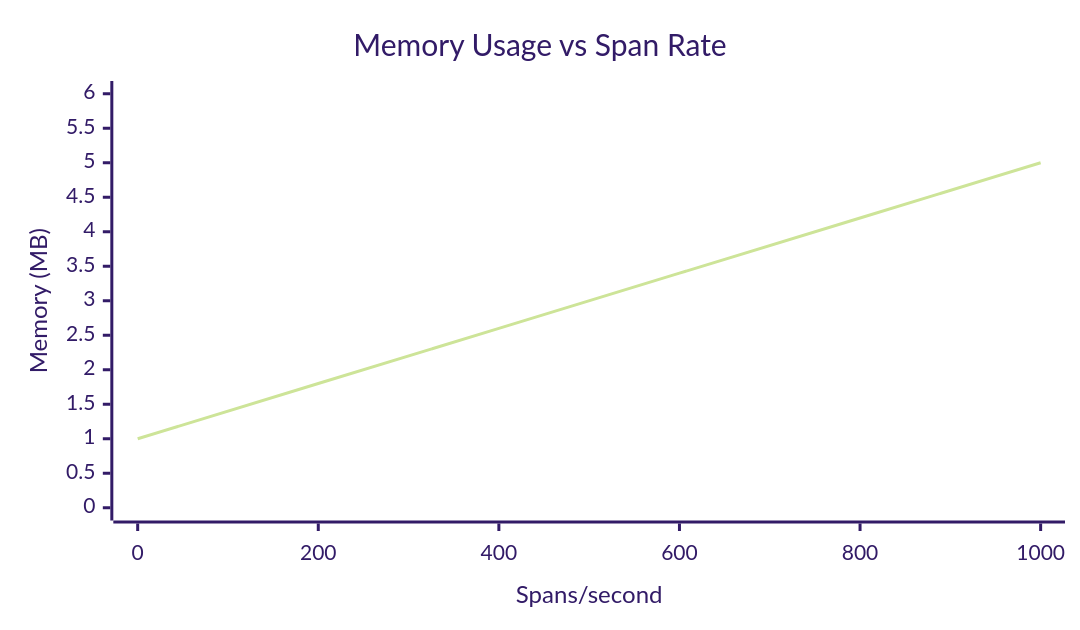
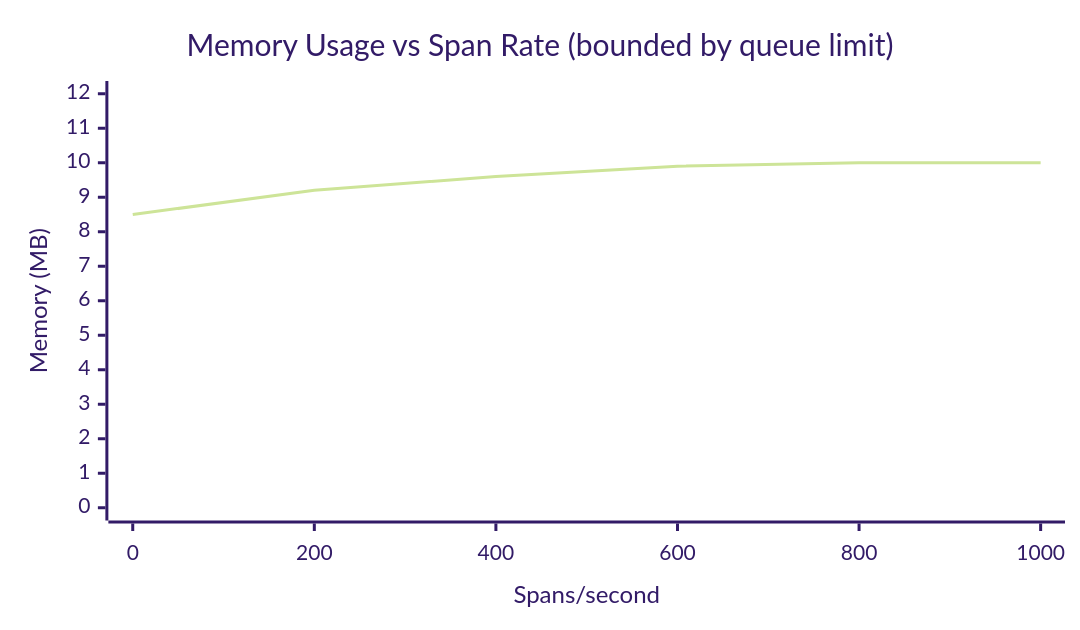
One commit to XRPLF/rippled changed the third of 6 diagrams in OpenTelemetryPlan/03-implementation-strategy.md. Above: the diagram before and after it, drawn with Mermaid (forest theme). The commit also changed other lines of this file and 12 other files, not shown here.

````diff
--- a/OpenTelemetryPlan/03-implementation-strategy.md
+++ b/OpenTelemetryPlan/03-implementation-strategy.md
@@ -179,13 +214,13 @@
 ```mermaid
 ---
 config:
     xyChart:
         width: 700
         height: 400
 ---
 xychart-beta
-    title "Memory Usage vs Span Rate"
+    title "Memory Usage vs Span Rate (bounded by queue limit)"
     x-axis "Spans/second" [0, 200, 400, 600, 800, 1000]
-    y-axis "Memory (MB)" 0 --> 6
-    line [1, 1.8, 2.6, 3.4, 4.2, 5]
+    y-axis "Memory (MB)" 0 --> 12
+    line [8.5, 9.2, 9.6, 9.9, 10.0, 10.0]
 ```
````
